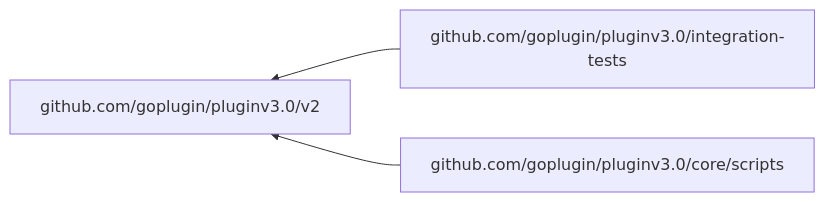
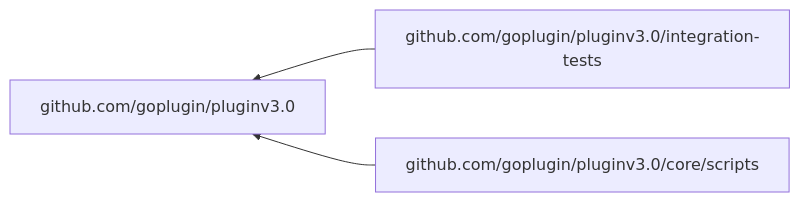
The diagram in README.md (raghu0891/plugin-sandbox), drawn with Mermaid before and after one commit. The commit also changed other lines of this file and 4149 other files, not shown here.

````diff
--- a/README.md
+++ b/README.md
@@ -228,7 +256,7 @@
 ```mermaid
 flowchart RL
-    github.com/goplugin/pluginv3.0/v2
-    github.com/goplugin/pluginv3.0/integration-tests --> github.com/goplugin/pluginv3.0/v2
-    github.com/goplugin/pluginv3.0/core/scripts --> github.com/goplugin/pluginv3.0/v2
+    github.com/goplugin/pluginv3.0
+    github.com/goplugin/pluginv3.0/integration-tests --> github.com/goplugin/pluginv3.0
+    github.com/goplugin/pluginv3.0/core/scripts --> github.com/goplugin/pluginv3.0
 
 ```
````
